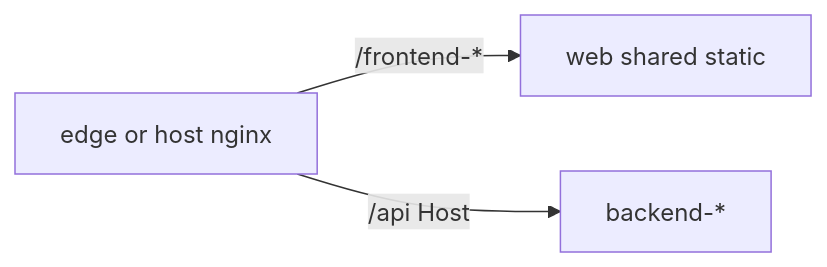
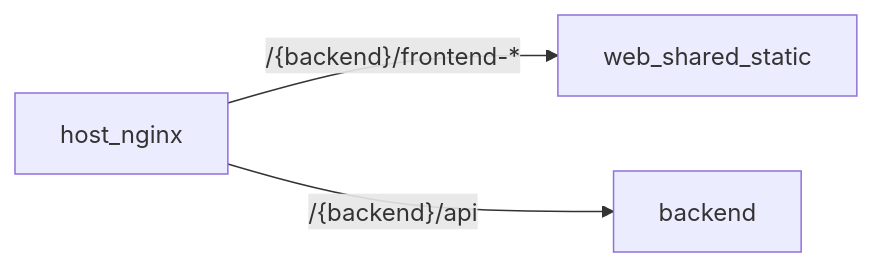
One commit to autotests-ai/autotests-ai-multistack-app changed the diagram in deploy/web/README.md. Above: the diagram before and after it, drawn with Mermaid. The commit also changed other lines of this file and 28 other files, not shown here.

````diff
--- a/deploy/web/README.md
+++ b/deploy/web/README.md
@@ -19,8 +17,8 @@
 ```mermaid
 flowchart LR
-  edge[edge or host nginx]
-  web[web shared static]
-  api[backend-*]
-  edge -->|/frontend-*| web
-  edge -->|/api Host| api
+  hostNginx[host_nginx]
+  web[web_shared_static]
+  api[backend]
+  hostNginx -->|"/{backend}/frontend-*"| web
+  hostNginx -->|"/{backend}/api"| api
 ```
````
